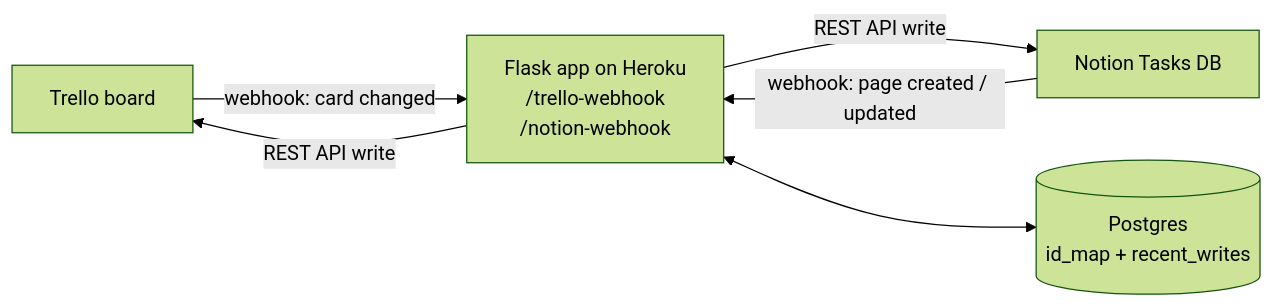
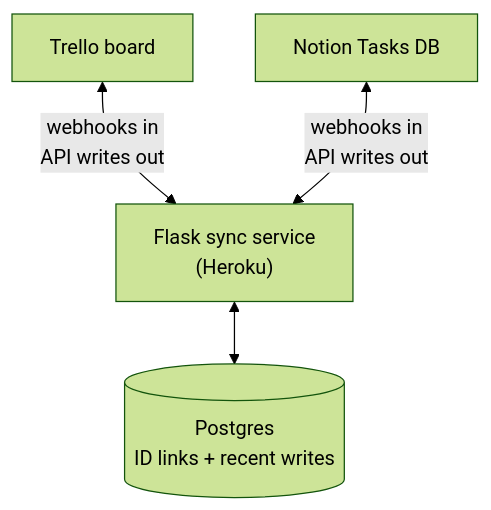
One commit to dzaagrebiina/trello-notion-sync changed the diagram in README.md. Above: the diagram before and after it, drawn with Mermaid (forest theme).

Commit message:
Tidy architecture diagram

````diff
--- a/README.md
+++ b/README.md
@@ -36,8 +36,11 @@
 ```mermaid
-flowchart LR
-    T[Trello board] -- webhook: card changed --> A
-    N[Notion Tasks DB] -- webhook: page created / updated --> A
-    A[Flask app on Heroku<br/>/trello-webhook<br/>/notion-webhook] -- REST API write --> T
-    A -- REST API write --> N
-    A <--> DB[(Postgres<br/>id_map + recent_writes)]
+flowchart TB
+    T["Trello board"]
+    N["Notion Tasks DB"]
+    A["Flask sync service<br/>(Heroku)"]
+    DB[("Postgres<br/>ID links + recent writes")]
+
+    T <-->|"webhooks in<br/>API writes out"| A
+    N <-->|"webhooks in<br/>API writes out"| A
+    A <--> DB
 ```
````
